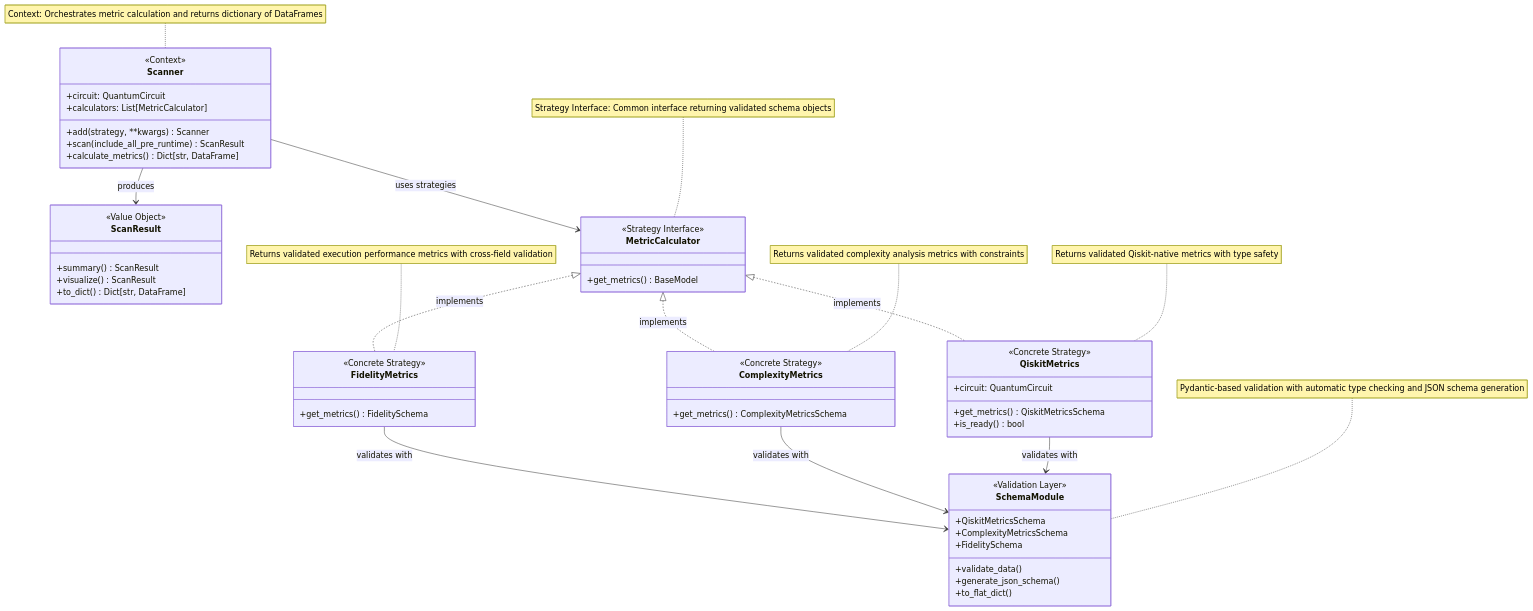
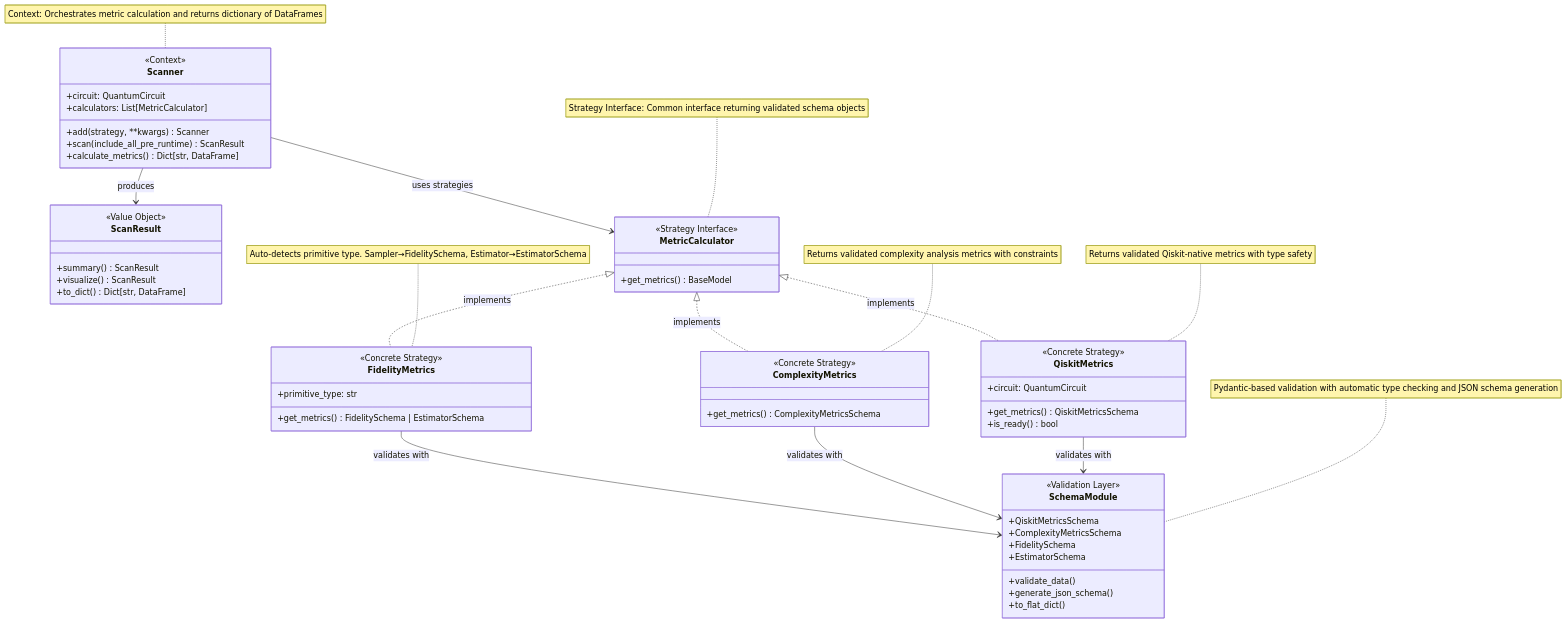
One commit to xthecapx/qiskit-qward changed the first of 4 diagrams in docs/architecture.md. Above: the diagram before and after it, drawn with Mermaid. The commit also changed other lines of this file and 3 other files, not shown here.

````diff
--- a/docs/architecture.md
+++ b/docs/architecture.md
@@ -13,74 +13,76 @@
 ```{mermaid}
 classDiagram
     %% Simplified Strategy Pattern for QWARD with Schema Validation
     
     class Scanner {
         <<Context>>
         +circuit: QuantumCircuit
         +calculators: List[MetricCalculator]
         +add(strategy, **kwargs) Scanner
         +scan(include_all_pre_runtime) ScanResult
         +calculate_metrics() Dict[str, DataFrame]
     }
 
     class ScanResult {
         <<Value Object>>
         +summary() ScanResult
         +visualize() ScanResult
         +to_dict() Dict[str, DataFrame]
     }
 
     class MetricCalculator {
         <<Strategy Interface>>
         +get_metrics() BaseModel
     }
 
     class QiskitMetrics {
         <<Concrete Strategy>>
         +circuit: QuantumCircuit
         +get_metrics() QiskitMetricsSchema
         +is_ready() bool
     }
 
     class ComplexityMetrics {
         <<Concrete Strategy>>
         +get_metrics() ComplexityMetricsSchema
     }
 
     class FidelityMetrics {
         <<Concrete Strategy>>
-        +get_metrics() FidelitySchema
+        +get_metrics() FidelitySchema | EstimatorSchema
+        +primitive_type: str
     }
 
     class SchemaModule {
         <<Validation Layer>>
         +QiskitMetricsSchema
         +ComplexityMetricsSchema
         +FidelitySchema
+        +EstimatorSchema
         +validate_data()
         +generate_json_schema()
         +to_flat_dict()
     }
 
     %% Strategy Pattern Relationships
     Scanner --> MetricCalculator : uses strategies
     Scanner --> ScanResult : produces
     
     %% Strategy Interface Implementation
     MetricCalculator <|.. QiskitMetrics : implements
     MetricCalculator <|.. ComplexityMetrics : implements
     MetricCalculator <|.. FidelityMetrics : implements
     
     %% Schema Integration
     QiskitMetrics --> SchemaModule : validates with
     ComplexityMetrics --> SchemaModule : validates with
     FidelityMetrics --> SchemaModule : validates with
 
     %% Pattern Notes
     note for Scanner "Context: Orchestrates metric calculation and returns dictionary of DataFrames"
     note for MetricCalculator "Strategy Interface: Common interface returning validated schema objects"
     note for QiskitMetrics "Returns validated Qiskit-native metrics with type safety"
     note for ComplexityMetrics "Returns validated complexity analysis metrics with constraints"
-    note for FidelityMetrics "Returns validated execution performance metrics with cross-field validation"
+    note for FidelityMetrics "Auto-detects primitive type. Sampler→FidelitySchema, Estimator→EstimatorSchema"
     note for SchemaModule "Pydantic-based validation with automatic type checking and JSON schema generation"
 ```
````
